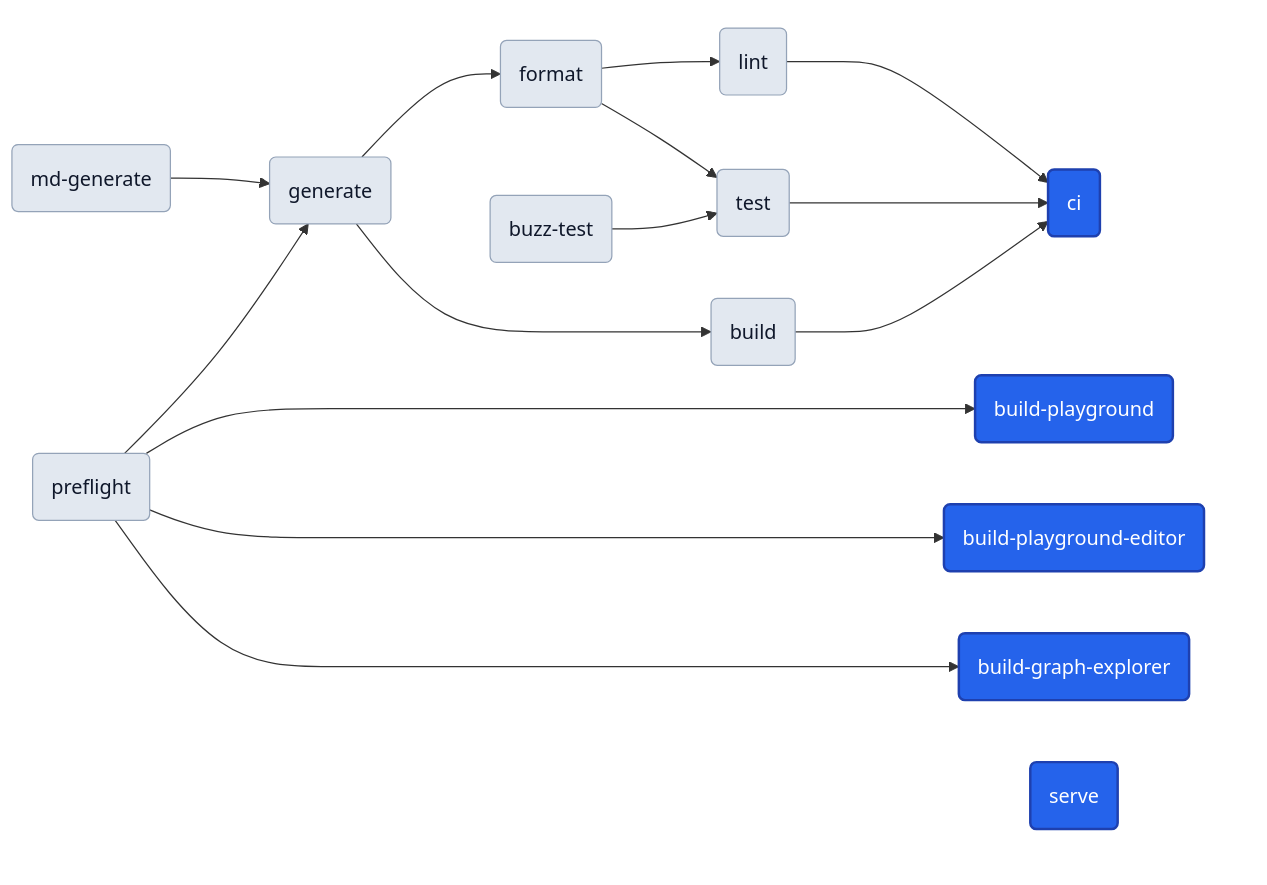
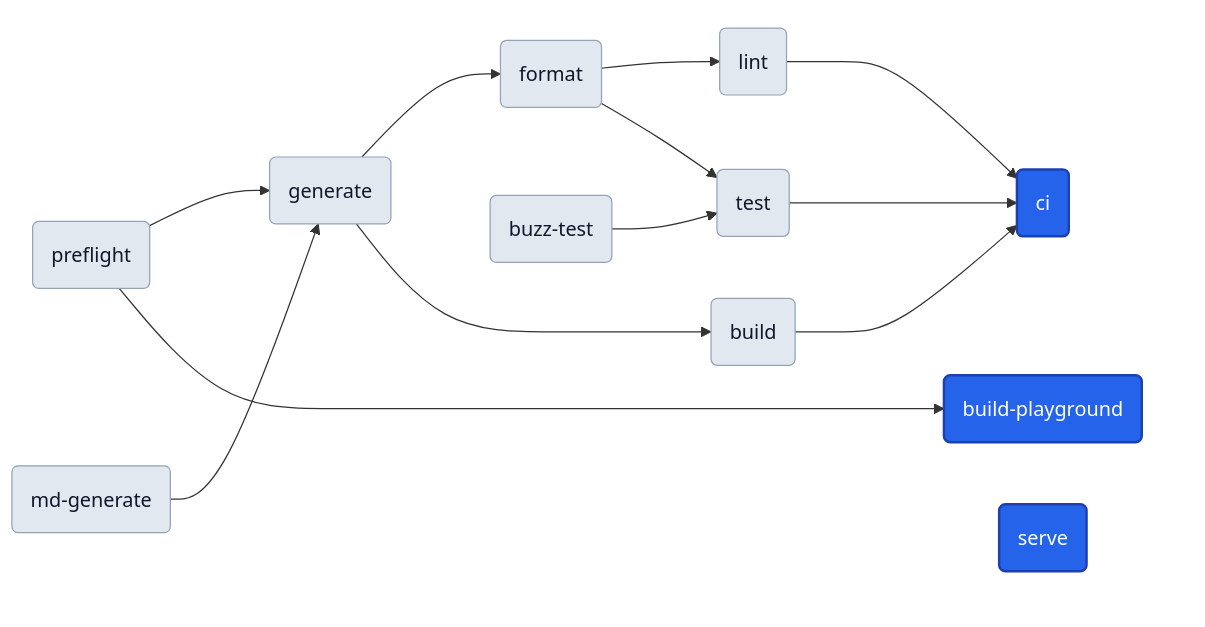
One commit to egladman/magus changed the second of 2 diagrams in website/MAGUS.md. Above: the diagram before and after it, drawn with Mermaid. The commit also changed other lines of this file and 14 other files, not shown here.

````diff
--- a/website/MAGUS.md
+++ b/website/MAGUS.md
@@ -89,42 +89,38 @@
 ```mermaid
 ---
 config:
   flowchart:
     nodeSpacing: 50
     rankSpacing: 80
 ---
 graph LR
   subgraph entry_cluster[" "]
     ci("ci")
     build_playground("build-playground")
-    build_playground_editor("build-playground-editor")
-    build_graph_explorer("build-graph-explorer")
     serve("serve")
   end
   preflight("preflight")
   md_generate("md-generate")
   generate("generate")
   format("format")
   lint("lint")
   build("build")
   buzz_test("buzz-test")
   test("test")
   preflight --> generate
   md_generate --> generate
   generate --> format
   format --> lint
   generate --> build
   format --> test
   buzz_test --> test
   lint --> ci
   build --> ci
   test --> ci
   preflight --> build_playground
-  preflight --> build_playground_editor
-  preflight --> build_graph_explorer
   classDef anchor fill:#2563eb,color:#ffffff,stroke:#1e40af,stroke-width:2px
   classDef target fill:#e2e8f0,color:#0f172a,stroke:#94a3b8
-  class build_graph_explorer,build_playground,build_playground_editor,ci,serve anchor
+  class build_playground,ci,serve anchor
   class build,buzz_test,format,generate,lint,md_generate,preflight,test target
   style entry_cluster fill:transparent,stroke:transparent
 ```
````
